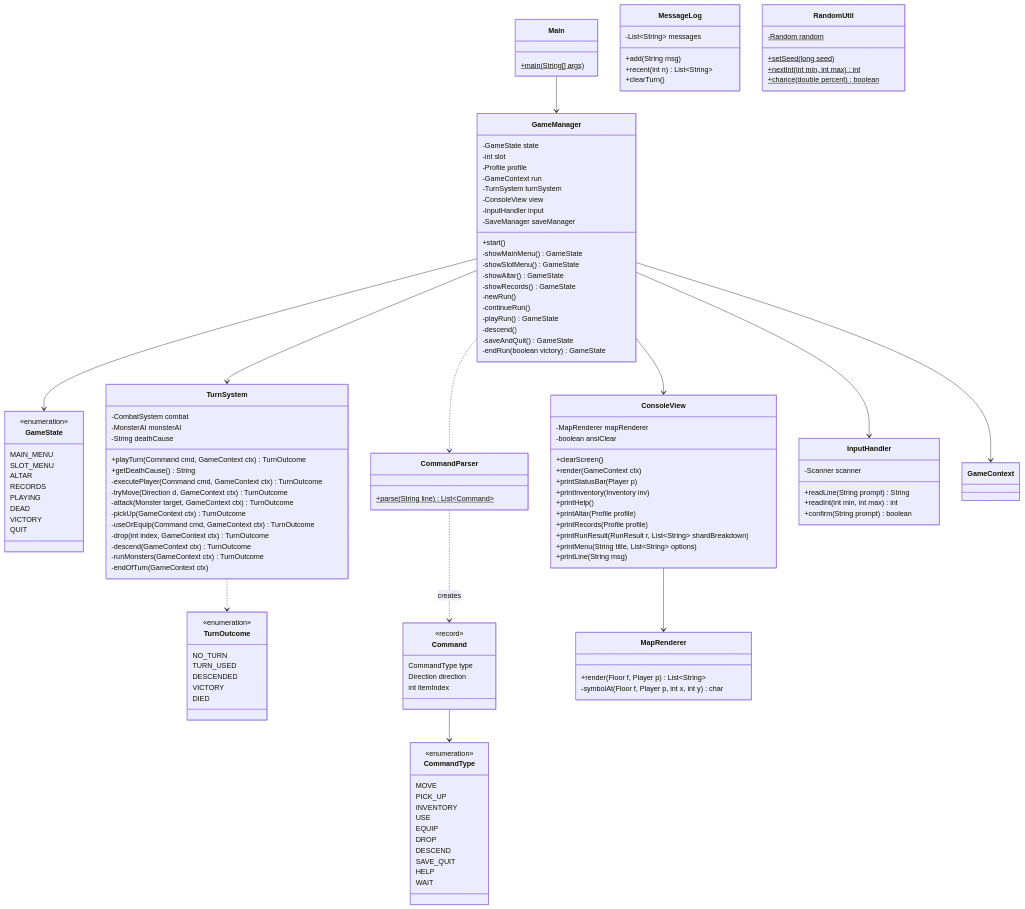
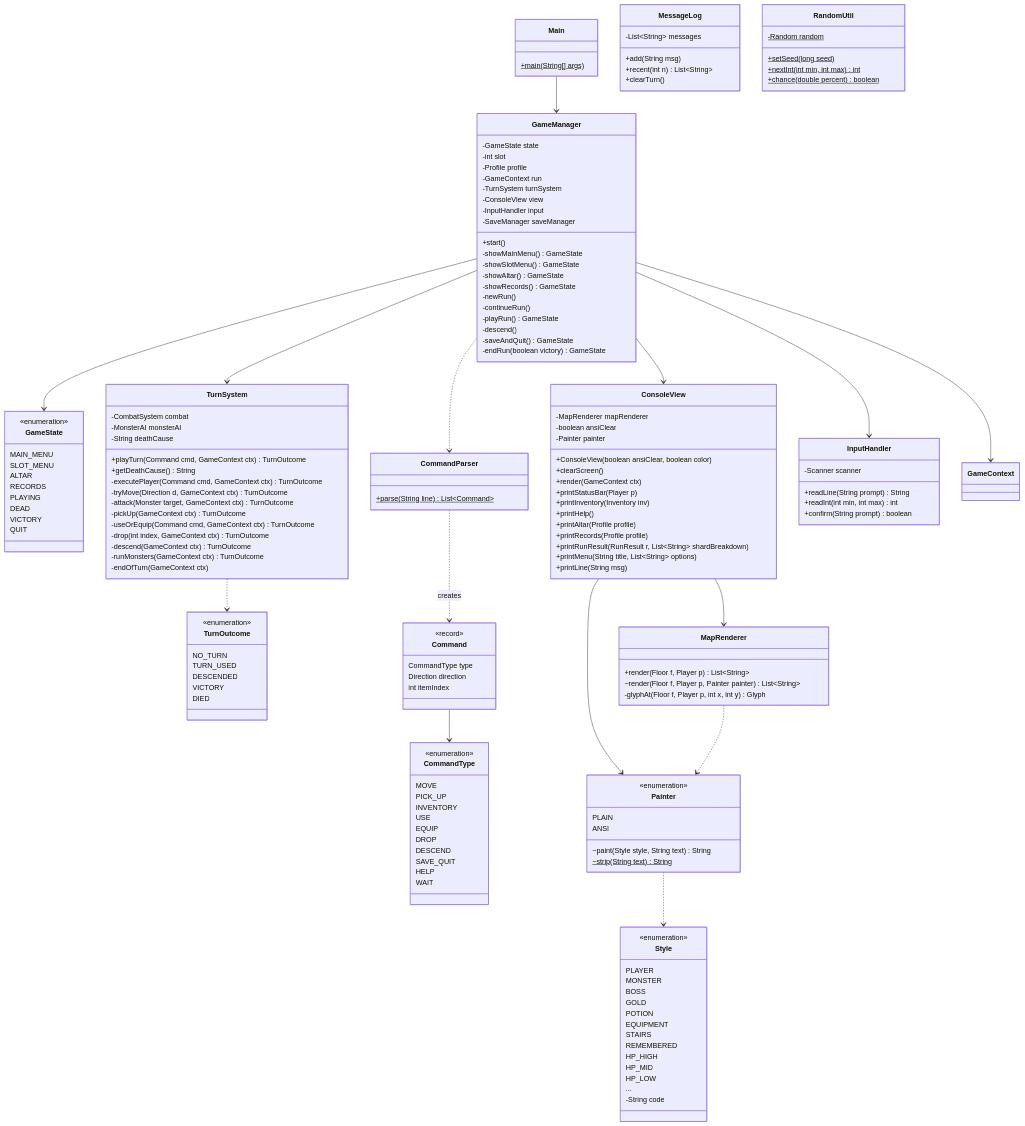
Before and after one commit to likelion-boot-camp-28th/side-project01-team01: the second of 9 diagrams in docs/Class-Diagram.md, drawn with Mermaid. The commit also changed other lines of this file and 7 other files, not shown here.

````diff
--- a/docs/Class-Diagram.md
+++ b/docs/Class-Diagram.md
@@ -161,6 +161,8 @@
     class ConsoleView {
         -MapRenderer mapRenderer
         -boolean ansiClear
+        -Painter painter
+        +ConsoleView(boolean ansiClear, boolean color)
         +clearScreen()
         +render(GameContext ctx)
         +printStatusBar(Player p)
@@ -174,7 +176,31 @@
     }
     class MapRenderer {
         +render(Floor f, Player p) List~String~
-        -symbolAt(Floor f, Player p, int x, int y) char
+        ~render(Floor f, Player p, Painter painter) List~String~
+        -glyphAt(Floor f, Player p, int x, int y) Glyph
+    }
+    class Style {
+        <<enumeration>>
+        PLAYER
+        MONSTER
+        BOSS
+        GOLD
+        POTION
+        EQUIPMENT
+        STAIRS
+        REMEMBERED
+        HP_HIGH
+        HP_MID
+        HP_LOW
+        ...
+        -String code
+    }
+    class Painter {
+        <<enumeration>>
+        PLAIN
+        ANSI
+        ~paint(Style style, String text) String
+        ~strip(String text)$ String
     }
     class InputHandler {
         -Scanner scanner
@@ -200,4 +226,7 @@
     CommandParser ..> Command : creates
     Command --> CommandType
     ConsoleView --> MapRenderer
+    ConsoleView --> Painter
+    MapRenderer ..> Painter
+    Painter ..> Style
 ```
````
